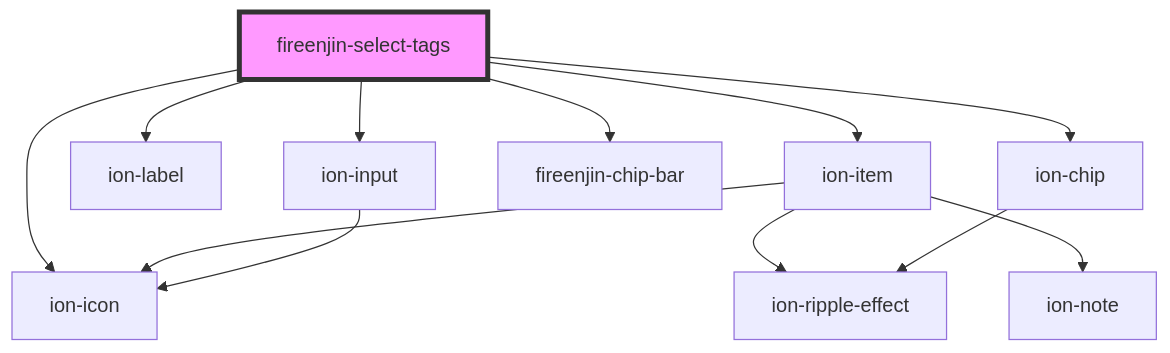
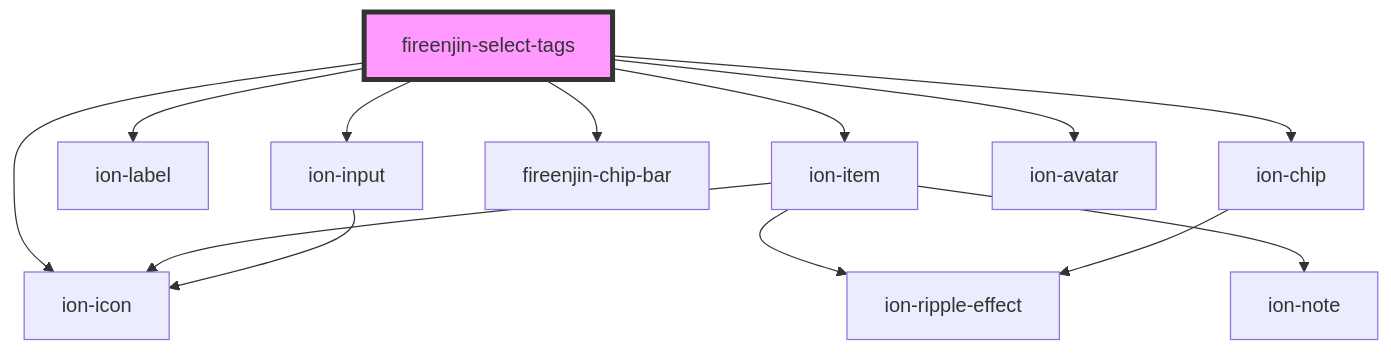
Before and after one commit to FireEnjin/Components: the diagram in src/components/select-tags/readme.md, drawn with Mermaid. The commit also changed other lines of this file and 1 other file, not shown here.

````diff
--- a/src/components/select-tags/readme.md
+++ b/src/components/select-tags/readme.md
@@ -144,15 +145,16 @@
 ```mermaid
 graph TD;
   fireenjin-select-tags --> ion-item
   fireenjin-select-tags --> ion-label
   fireenjin-select-tags --> ion-input
   fireenjin-select-tags --> fireenjin-chip-bar
   fireenjin-select-tags --> ion-chip
   fireenjin-select-tags --> ion-icon
+  fireenjin-select-tags --> ion-avatar
   ion-item --> ion-icon
   ion-item --> ion-ripple-effect
   ion-item --> ion-note
   ion-input --> ion-icon
   ion-chip --> ion-ripple-effect
   style fireenjin-select-tags fill:#f9f,stroke:#333,stroke-width:4px
 ```
````
